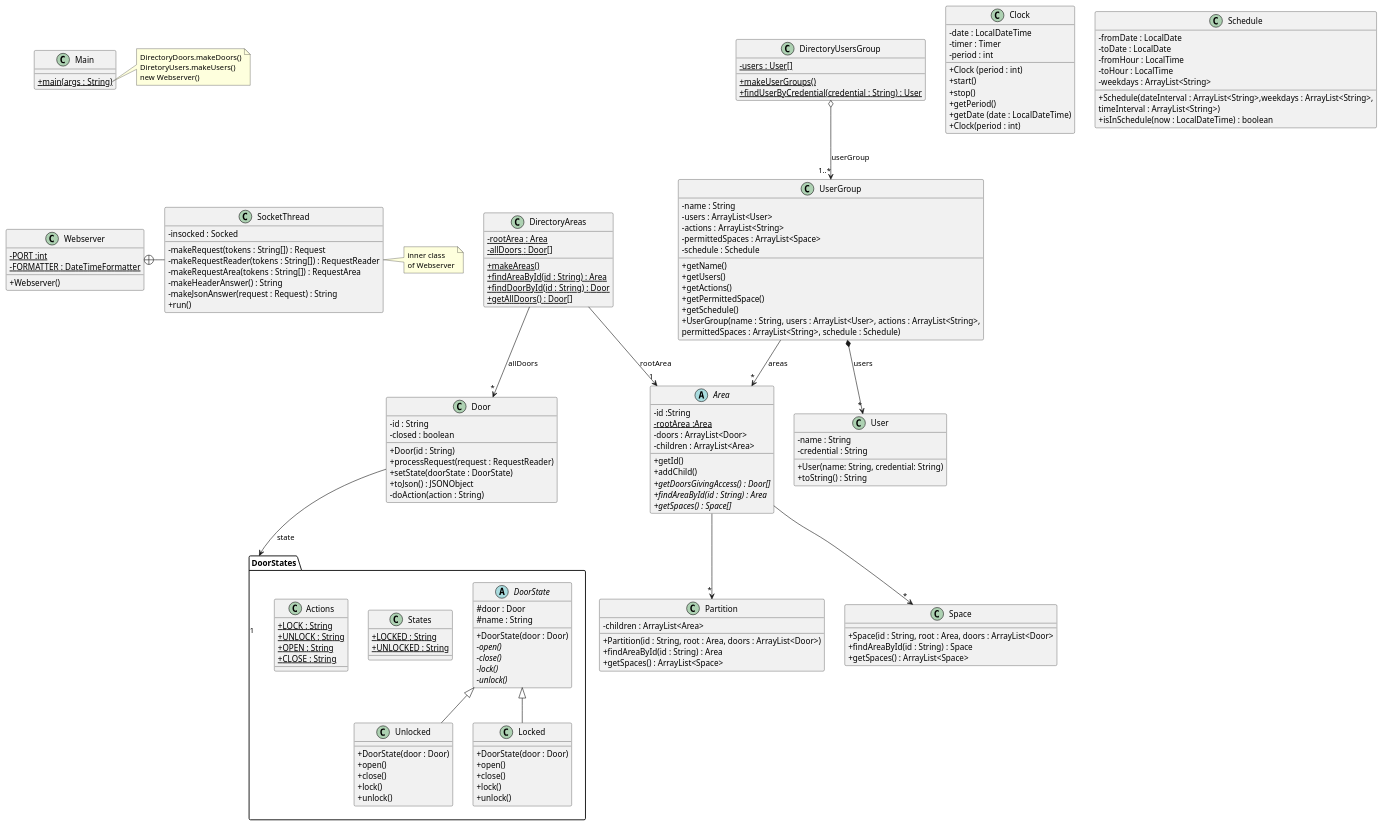
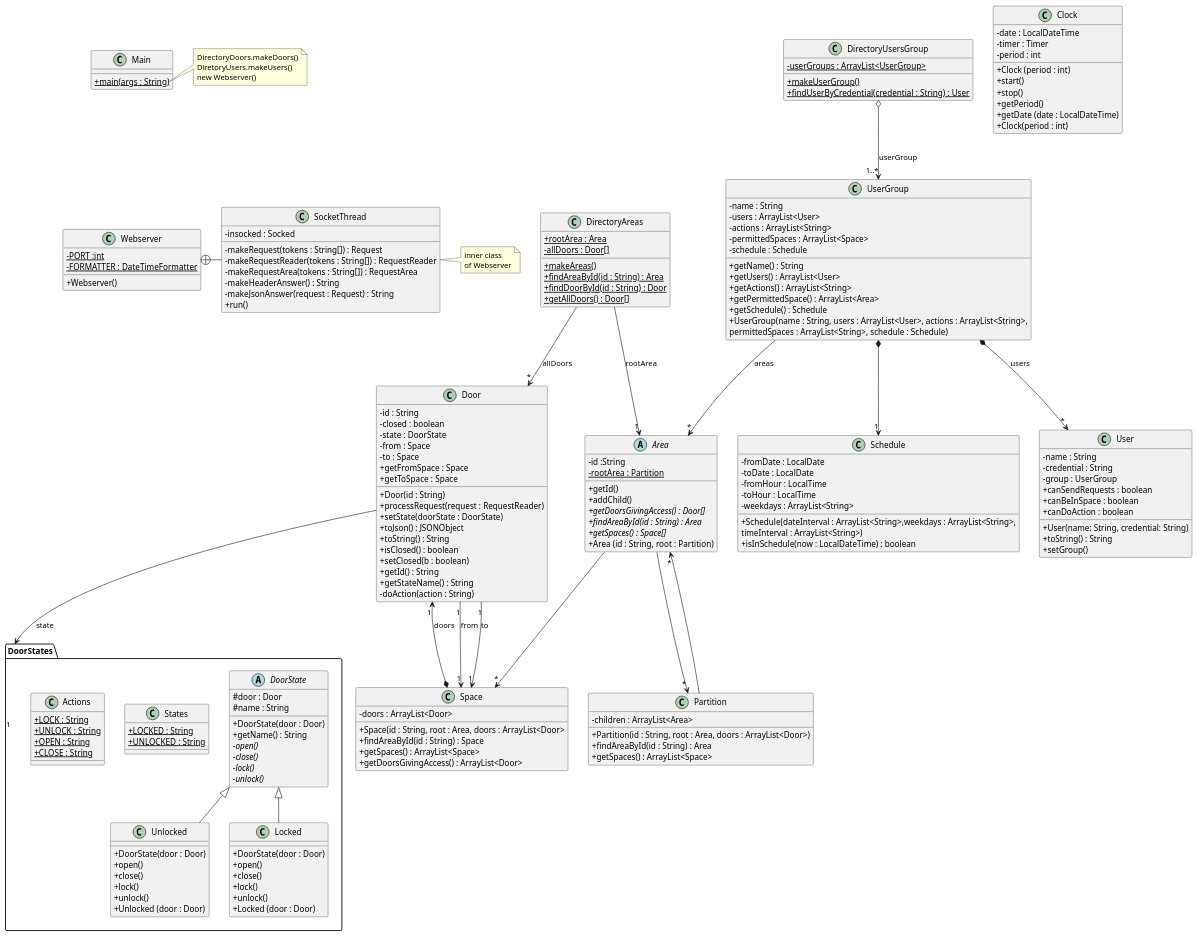
Before and after one commit to marcmejias/acs_students424: the diagram in src/baseNoStates/uml/base_no_states.puml, drawn with PlantUML. The commit also changed 1 other file, not shown here.

Commit message:
uml actualitzatv3

```diff
--- a/src/baseNoStates/uml/base_no_states.puml
+++ b/src/baseNoStates/uml/base_no_states.puml
@@ -26,7 +26,7 @@
 end note
 
 class DirectoryAreas {
-- {static} rootArea : Area
++ {static} rootArea : Area
 - {static} allDoors : Door[]
 + {static} makeAreas()
 + {static} findAreaById(id : String) : Area
@@ -38,8 +38,8 @@
 DirectoryAreas --> "1" Area : "rootArea"
 
 class DirectoryUsersGroup {
-- {static} users : User[]
-+ {static} makeUserGroups()
+- {static} userGroups : ArrayList<UserGroup>
++ {static} makeUserGroup()
 + {static} findUserByCredential(credential : String) : User
 }
 
@@ -51,22 +51,30 @@
 class Door {
 - id : String
 - closed : boolean
+- state : DoorState
+- from : Space
+- to : Space
 + Door(id : String)
 + processRequest(request : RequestReader)
 + setState(doorState : DoorState)
 + toJson() : JSONObject
-'+ toString() : String
-'+ isClosed() :boolean
-'+ setClosed(b : boolean)
-'+ getStateName() : String
++ toString() : String
++ isClosed() : boolean
++ setClosed(b : boolean)
++ getId() : String
++ getFromSpace : Space
++ getToSpace : Space
++ getStateName() : String
 - doAction(action : String)
 }
+
 
 package DoorStates{
 abstract DoorState{
 #door : Door
 #name : String
 + DoorState(door : Door)
++ getName() : String
 - {abstract} open()
 - {abstract} close()
 - {abstract} lock()
@@ -82,6 +90,7 @@
 + close()
 + lock()
 + unlock()
++ Unlocked (door : Door)
 }
 
 class Locked {
@@ -90,6 +99,7 @@
 + close()
 + lock()
 + unlock()
++ Locked (door : Door)
 }
 class States{
 {static}+LOCKED : String
@@ -107,22 +117,27 @@
 class User {
 - name : String
 - credential : String
+- group : UserGroup
 + User(name: String, credential: String)
 + toString() : String
++ setGroup()
++ canSendRequests : boolean
++ canBeInSpace : boolean
++ canDoAction : boolean
 }
 
 
 
 abstract Area{
 -id :String
--{static}rootArea :Area
--doors : ArrayList<Door>
--children : ArrayList<Area>
+-{static} rootArea : Partition
 +getId()
 +addChild()
 +{abstract}getDoorsGivingAccess() : Door[]
 +{abstract}findAreaById(id : String) : Area
 +{abstract}getSpaces() : Space[]
++ Area (id : String, root : Partition)
+
 }
 
 class Clock{
@@ -147,9 +162,11 @@
 }
 
 class Space{
+-doors : ArrayList<Door>
 +Space(id : String, root : Area, doors : ArrayList<Door>
 +findAreaById(id : String) : Space
 +getSpaces() : ArrayList<Space>
++getDoorsGivingAccess() : ArrayList<Door>
 }
 class Schedule{
 -fromDate : LocalDate
@@ -170,15 +187,20 @@
 -actions : ArrayList<String>
 -permittedSpaces : ArrayList<Space>
 -schedule : Schedule
-+getName()
-+getUsers()
-+getActions()
-+getPermittedSpace()
-+getSchedule()
++getName() : String
++getUsers() : ArrayList<User>
++getActions() : ArrayList<String>
++getPermittedSpace() : ArrayList<Area>
++getSchedule() : Schedule
 +UserGroup(name : String, users : ArrayList<User>, actions : ArrayList<String>,
 permittedSpaces : ArrayList<String>, schedule : Schedule)
 }
 
+Door "1"-->"1" Space : from
+Door "1"-->"1" Space : to
+Space *-->"1" Door : doors
+Partition --> "*" Area
+UserGroup *--> "1" Schedule
 class Main {
 + {static} main(args : String)
 }
```
